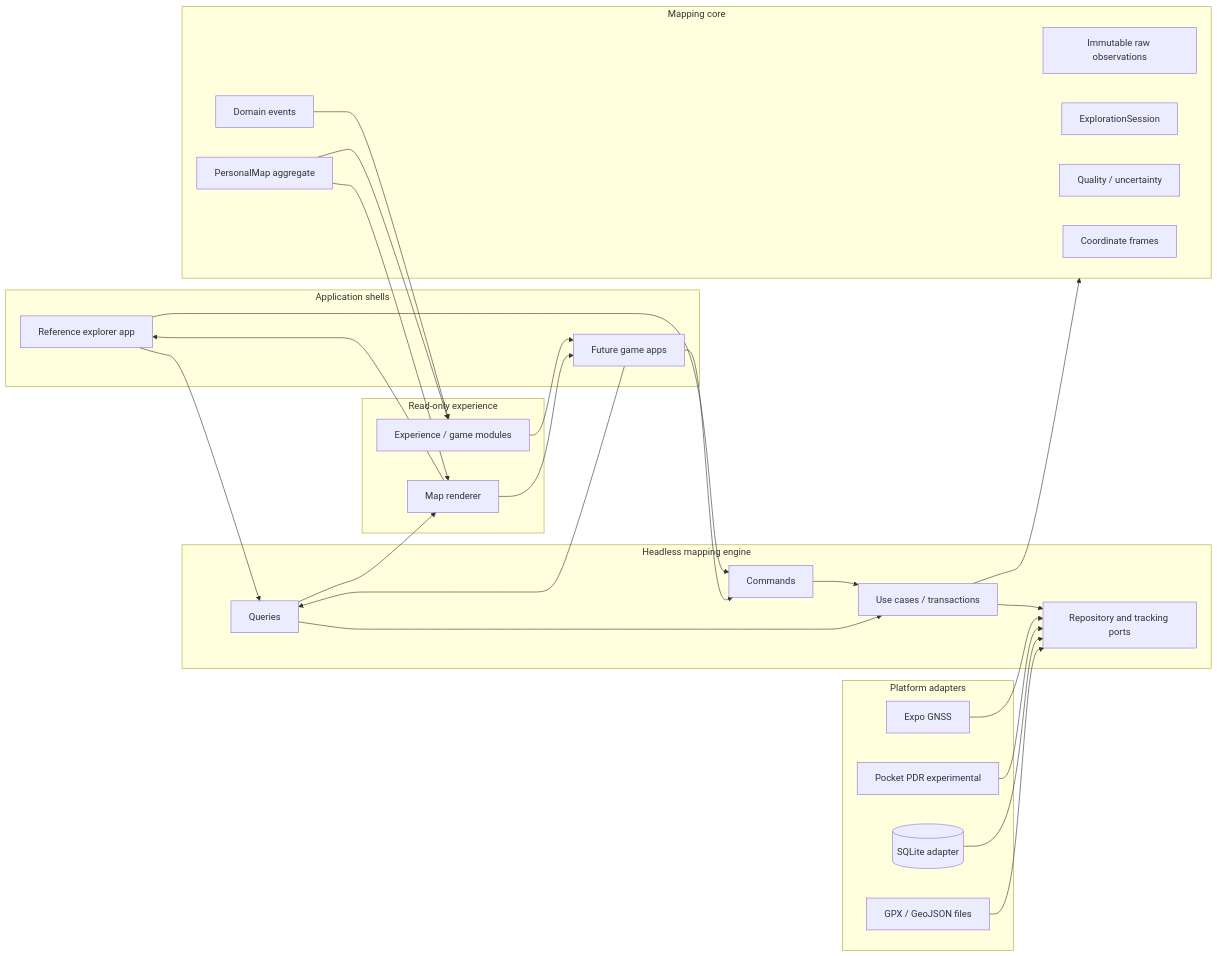
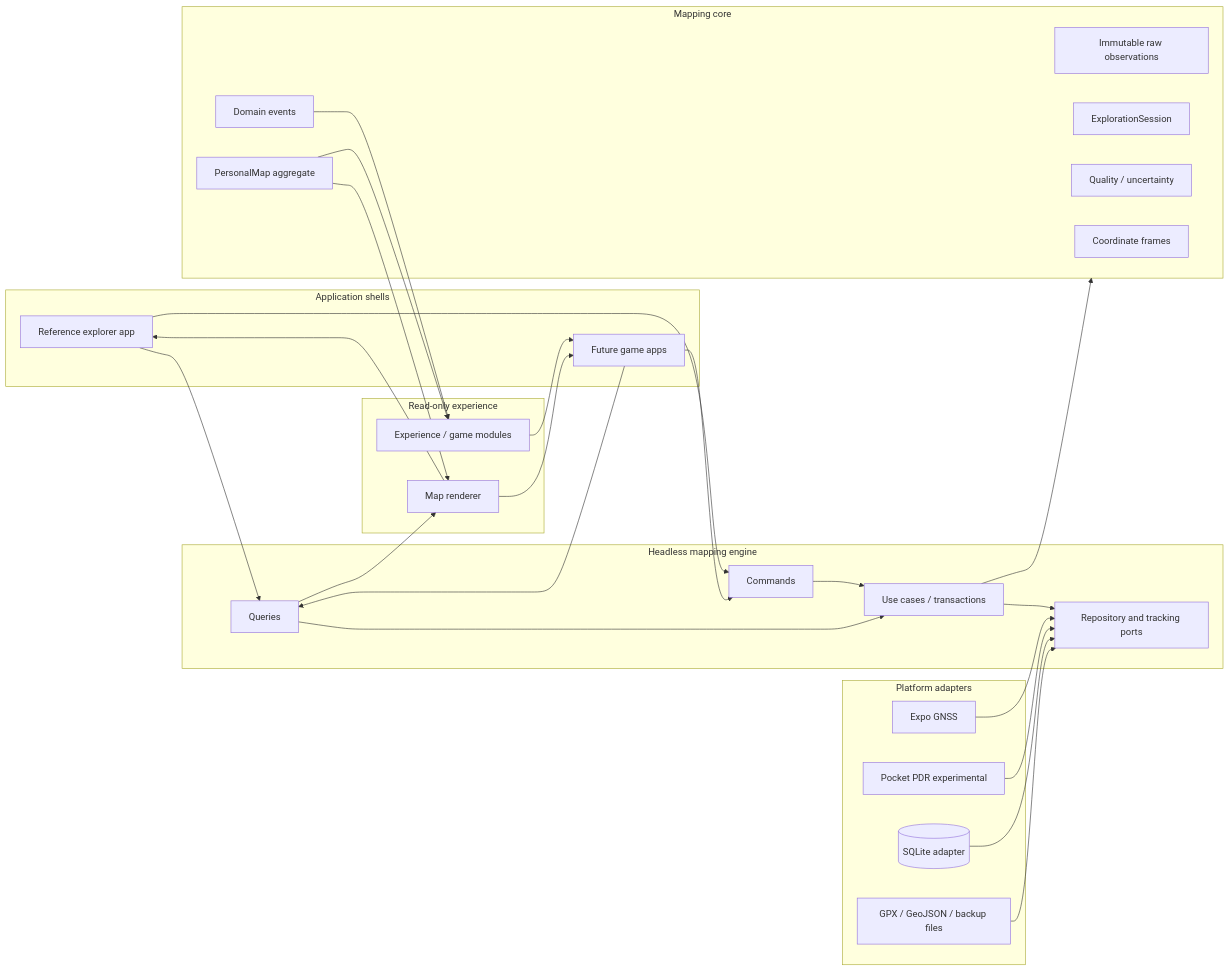
Before and after one commit to 328cider/personal-exploration-map: the diagram in docs/ARCHITECTURE.md, drawn with Mermaid. The commit also changed other lines of this file and 25 other files, not shown here.

````diff
--- a/docs/ARCHITECTURE.md
+++ b/docs/ARCHITECTURE.md
@@ -11,55 +11,55 @@
 ```mermaid
 flowchart LR
   subgraph Apps[Application shells]
     Explorer[Reference explorer app]
     Game[Future game apps]
   end
 
   subgraph Experience[Read-only experience]
     GameRules[Experience / game modules]
     Renderer[Map renderer]
   end
 
   subgraph Engine[Headless mapping engine]
     Commands[Commands]
     Queries[Queries]
     Transactions[Use cases / transactions]
     Ports[Repository and tracking ports]
   end
 
   subgraph Core[Mapping core]
     Raw[Immutable raw observations]
     Session[ExplorationSession]
     Filter[Quality / uncertainty]
     Frame[Coordinate frames]
     Aggregate[PersonalMap aggregate]
     Events[Domain events]
   end
 
   subgraph Adapters[Platform adapters]
     GNSS[Expo GNSS]
     PDR[Pocket PDR experimental]
     SQLite[(SQLite adapter)]
-    Files[GPX / GeoJSON files]
+    Files[GPX / GeoJSON / backup files]
   end
 
   Explorer --> Commands
   Explorer --> Queries
   Game --> Commands
   Game --> Queries
   Commands --> Transactions
   Queries --> Transactions
   Transactions --> Core
   Transactions --> Ports
   GNSS --> Ports
   PDR --> Ports
   SQLite --> Ports
   Files --> Ports
   Queries --> Renderer
   Events --> GameRules
   Aggregate --> Renderer
   Aggregate --> GameRules
   GameRules --> Game
   Renderer --> Explorer
   Renderer --> Game
 ```
````
